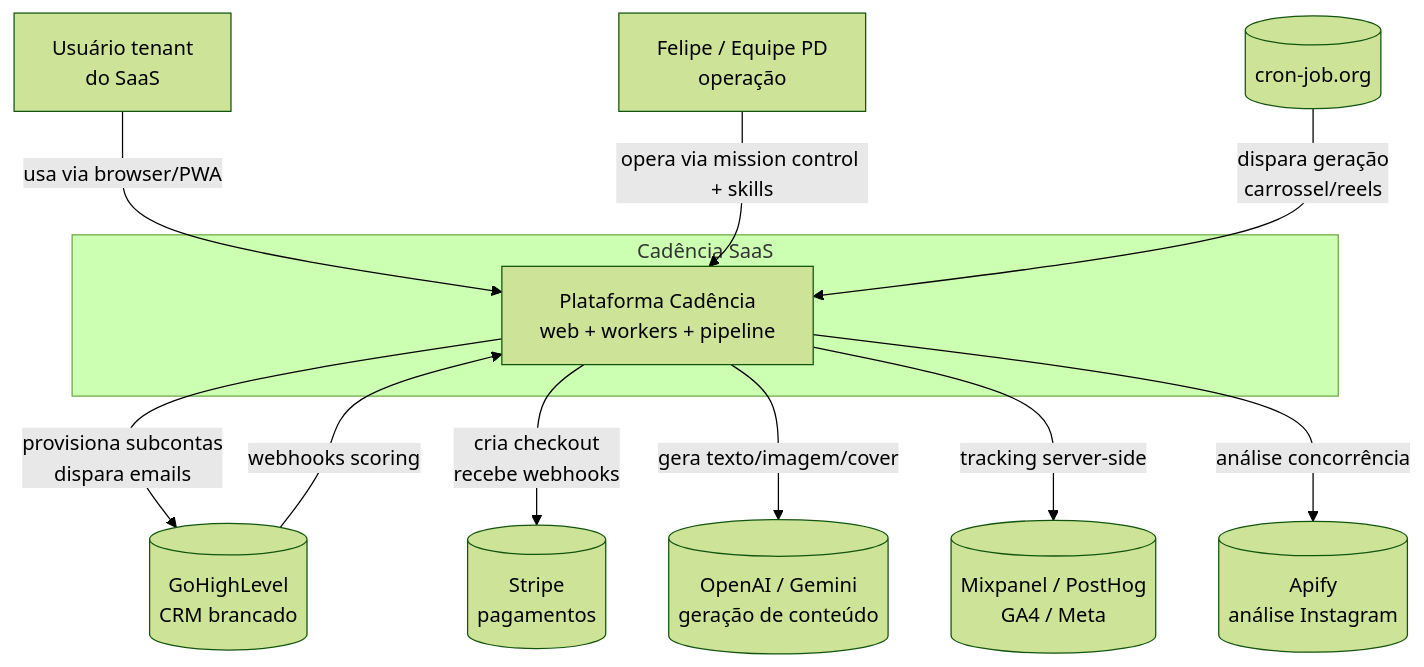
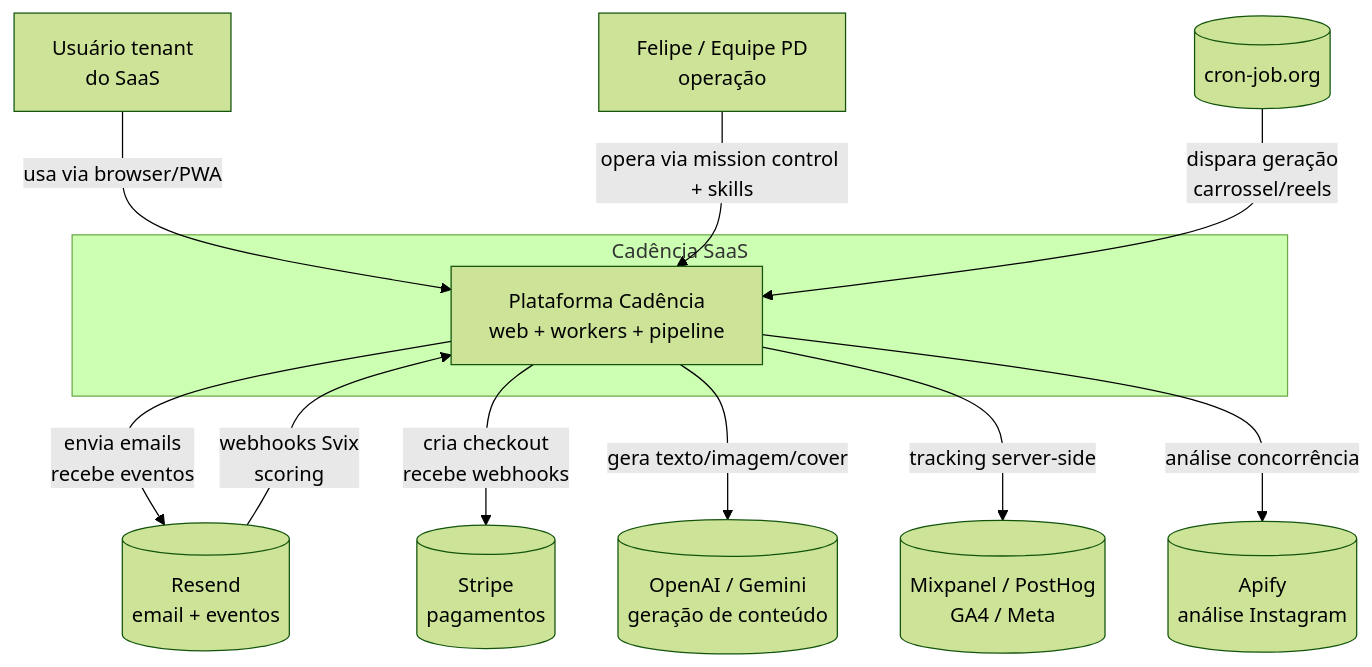
One commit to Posicionamento-Digital/cadencia-docs changed the first of 2 diagrams in docs/cadencia-app/architecture/architecture.md. Above: the diagram before and after it, drawn with Mermaid (forest theme). The commit also changed other lines of this file and 98 other files, not shown here.

````diff
--- a/docs/cadencia-app/architecture/architecture.md
+++ b/docs/cadencia-app/architecture/architecture.md
@@ -13,25 +7,25 @@
 ```mermaid
 graph TB
     Usuario[Usuário tenant<br/>do SaaS]
     Felipe[Felipe / Equipe PD<br/>operação]
-    GHL[(GoHighLevel<br/>CRM brancado)]
+    Resend[(Resend<br/>email + eventos)]
     Stripe[(Stripe<br/>pagamentos)]
     LLM[(OpenAI / Gemini<br/>geração de conteúdo)]
     Mixpanel[(Mixpanel / PostHog<br/>GA4 / Meta)]
     Apify[(Apify<br/>análise Instagram)]
     Cron[(cron-job.org)]
 
     subgraph Cadencia [Cadência SaaS]
         App[Plataforma Cadência<br/>web + workers + pipeline]
     end
 
     Usuario -->|usa via browser/PWA| App
     Felipe -->|opera via mission control + skills| App
-    App -->|provisiona subcontas<br/>dispara emails| GHL
+    App -->|envia emails<br/>recebe eventos| Resend
     App -->|cria checkout<br/>recebe webhooks| Stripe
     App -->|gera texto/imagem/cover| LLM
     App -->|tracking server-side| Mixpanel
     App -->|análise concorrência| Apify
     Cron -->|dispara geração<br/>carrossel/reels| App
-    GHL -->|webhooks scoring| App
+    Resend -->|webhooks Svix<br/>scoring| App
 ```
````
